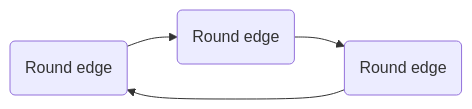
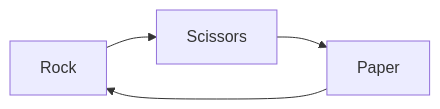
The diagram in README.md (TeoRojas/Rock-Paper-Scissors--graphMode--), drawn with Mermaid before and after one commit.

Commit message:
creating markdown

````diff
--- a/README.md
+++ b/README.md
@@ -15,6 +15,6 @@
 ```mermaid
-flowchart LR;
-    Rock(Round edge) --> Scissors(Round edge);
-    Scissors(Round edge) --> Paper(Round edge);
-    Paper(Round edge) --> Rock(Round edge);
+graph LR;
+    Rock --> Scissors;
+    Scissors --> Paper;
+    Paper --> Rock;
 ```
````
